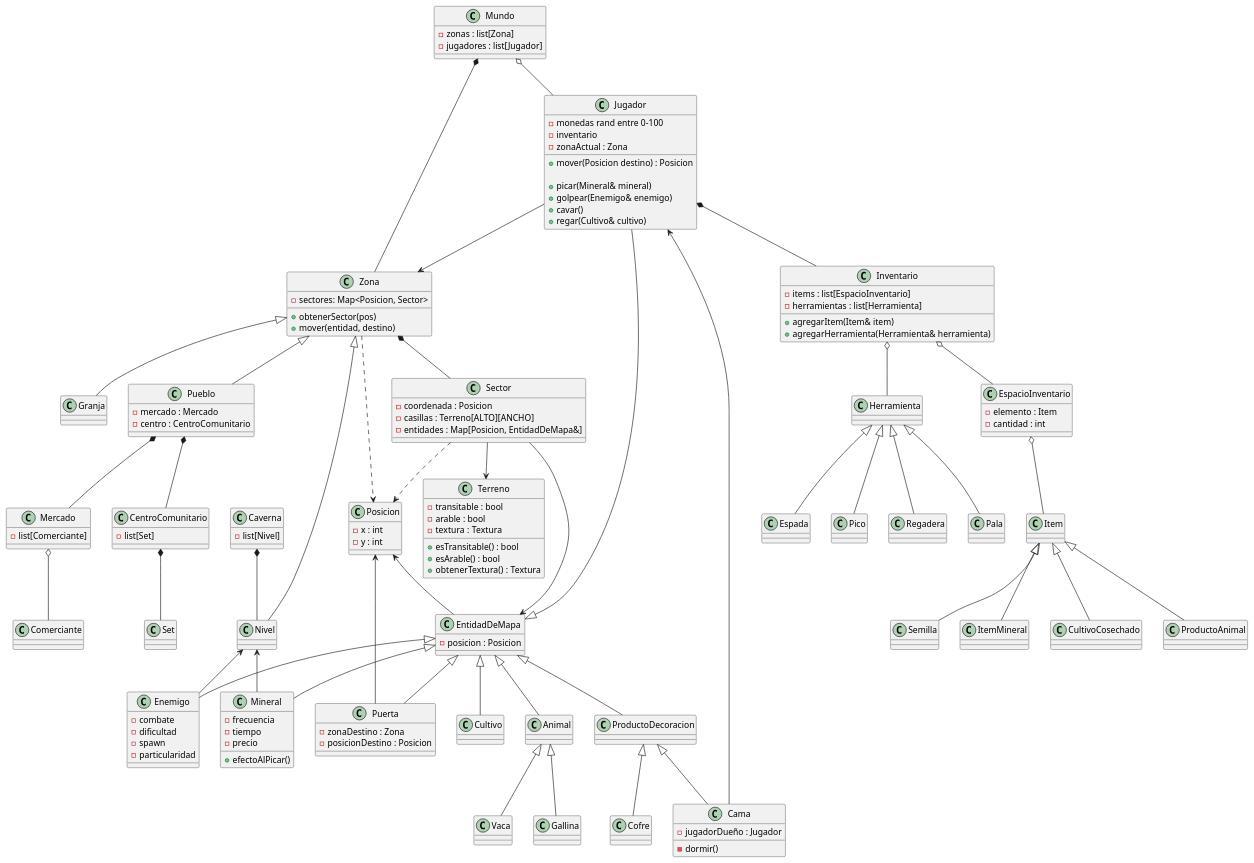
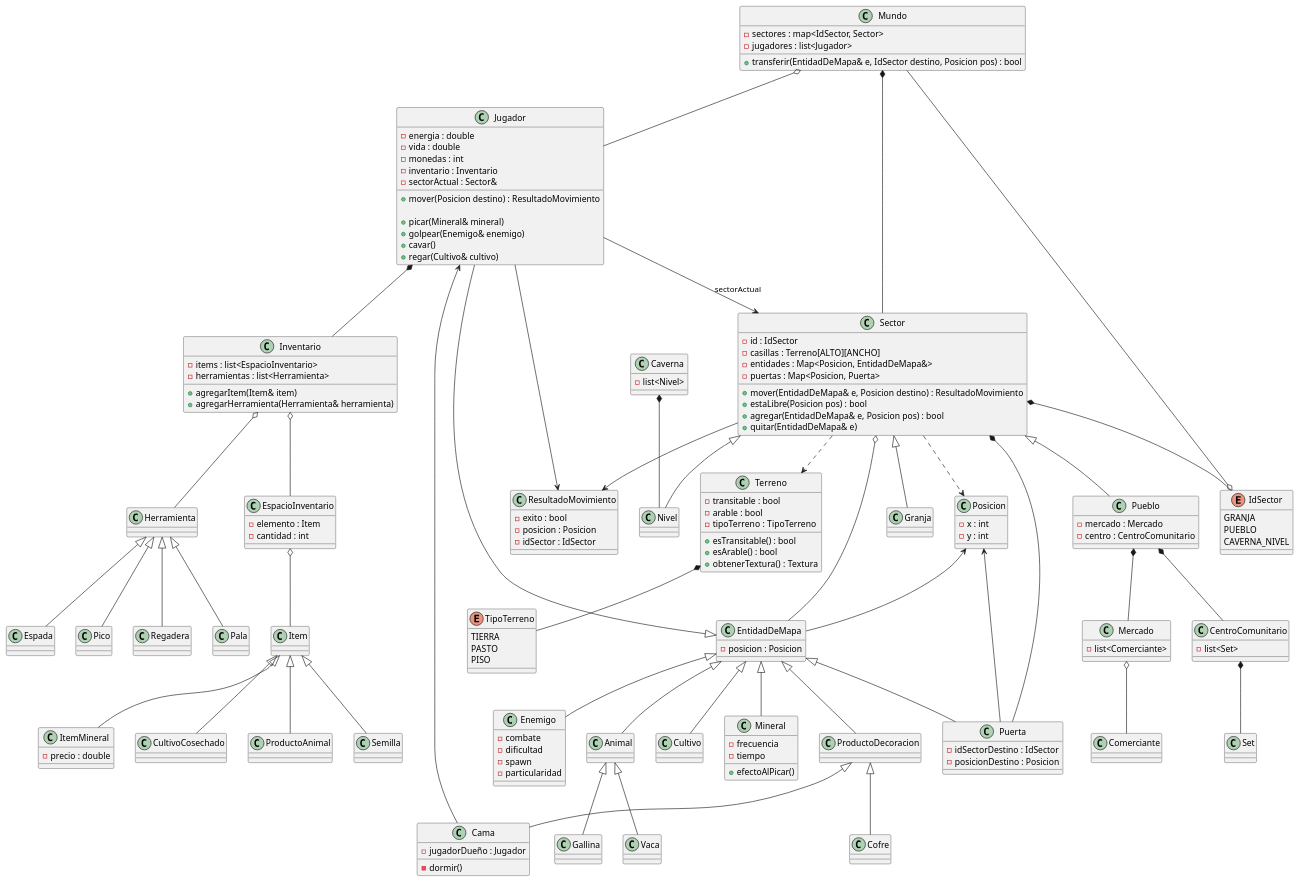
Before and after one commit to Nahuelfranco12/TP-TALLER-DE-PROGRAMACION-G9-2C26: the diagram in docs/diagrama.puml, drawn with PlantUML.

Commit message:
cambios en el diagrama
Principalmente se modifica estructuralmente para que se tenga el Sector y Granja, Nivel de Caverna y Pueblo sean sectores
Las entidades y el jugador se mueven a traves de lo distintos sectores y pueden cambiar de sector mediante las puertas

```diff
--- a/docs/diagrama.puml
+++ b/docs/diagrama.puml
@@ -2,10 +2,13 @@
 @startuml Diagrama
 class Jugador{
-    - monedas rand entre 0-100
-    - inventario
-    - zonaActual : Zona
+    - energia : double
+    - vida : double
+    - monedas : int 
+    ' rand entre 0-100
+    - inventario : Inventario
+    - sectorActual : Sector&
 
-    + mover(Posicion destino) : Posicion
+    + mover(Posicion destino) : ResultadoMovimiento
     ' + obtenerHerramienta(enum HerramientasDisponibles herramienta) : Herramienta
     
     ' Estos metodos interactuan con el inventario
@@ -53,7 +56,9 @@
 ProductoDecoracion <|-- Cama
 Cama --> Jugador
 
-class ItemMineral {}
+class ItemMineral {
+    - precio : double
+}
 class Cultivo {}
 class CultivoCosechado {}
 class ProductoAnimal {}
@@ -62,8 +67,8 @@
 Item <|-- CultivoCosechado
 
 class Inventario {
-    - items : list[EspacioInventario]
-    - herramientas : list[Herramienta]
+    - items : list<EspacioInventario>
+    - herramientas : list<Herramienta>
 
     + agregarItem(Item& item)
     + agregarHerramienta(Herramienta& herramienta)
@@ -77,7 +82,6 @@
 class Mineral {
     - frecuencia
     - tiempo
-    - precio
 
     + efectoAlPicar()
 }
@@ -90,15 +94,12 @@
 }
 
 class Caverna {
-    - list[Nivel]
+    - list<Nivel>
 }
 
 class Nivel {}
 
 Caverna *-- Nivel
-
-Nivel <-- Enemigo
-Nivel <-- Mineral
 
 class Granja {}
 
@@ -108,12 +109,12 @@
 }
 
 class Mercado {
-    - list[Comerciante]
+    - list<Comerciante>
 }
 
 ' %% Con varias habitaciones y objetivos
 class CentroComunitario {
-    - list[Set]
+    - list<Set>
 }
 
 class Set {}
@@ -129,52 +130,68 @@
 Mercado o-- Comerciante
 
 class Mundo {
-    - zonas : list[Zona]
-    - jugadores : list[Jugador]
+    - sectores : map<IdSector, Sector>
+    - jugadores : list<Jugador>
+
+    + transferir(EntidadDeMapa& e, IdSector destino, Posicion pos) : bool
 }
 Mundo o-- Jugador
 
-class Zona {
-    - sectores: Map<Posicion, Sector>
-
-    + obtenerSector(pos)
-    + mover(entidad, destino)
+enum IdSector {
+    GRANJA
+    PUEBLO
+    CAVERNA_NIVEL
 }
-Mundo *-- Zona
-Zona <|-- Granja
-Zona <|-- Pueblo
-Zona <|-- Nivel
-Jugador --> Zona
+Mundo --o IdSector
 
 class Sector {
-    - coordenada : Posicion
+    - id : IdSector
     - casillas : Terreno[ALTO][ANCHO]
-    - entidades : Map[Posicion, EntidadDeMapa&]
+    - entidades : Map<Posicion, EntidadDeMapa&>
+    - puertas : Map<Posicion, Puerta>
+
+    + mover(EntidadDeMapa& e, Posicion destino) : ResultadoMovimiento
+    + estaLibre(Posicion pos) : bool
+    + agregar(EntidadDeMapa& e, Posicion pos) : bool
+    + quitar(EntidadDeMapa& e)
 }
-Zona *-- Sector
+Sector *-- IdSector
+Mundo *-- Sector
+Sector o-- EntidadDeMapa
+Sector <|-- Granja
+Sector <|-- Pueblo
+Sector <|-- Nivel
+Jugador --> Sector : sectorActual
+
+enum TipoTerreno {
+    TIERRA
+    PASTO
+    PISO
+}
 
 class Terreno {
     - transitable : bool
     - arable : bool
-    - textura : Textura
+    - tipoTerreno : TipoTerreno
 
     + esTransitable() : bool
     + esArable() : bool
     + obtenerTextura() : Textura
 }
-Sector --> Terreno
+Terreno *-- TipoTerreno
+Sector ..> Terreno
 
 class Posicion {
     - x : int
     - y : int
 }
-Zona ..> Posicion
 Sector ..> Posicion
 
 class Puerta {
-    - zonaDestino : Zona
+    - idSectorDestino : IdSector
     - posicionDestino : Posicion
 }
+Sector *-- Puerta
 
 class EntidadDeMapa {
     - posicion : Posicion
@@ -190,5 +207,11 @@
 EntidadDeMapa <|-- Puerta
 EntidadDeMapa <|-- Jugador
 
-Sector --> EntidadDeMapa
+class ResultadoMovimiento {
+    - exito : bool
+    - posicion : Posicion
+    - idSector : IdSector
+}
+Jugador --> ResultadoMovimiento
+Sector --> ResultadoMovimiento
 @enduml
```
